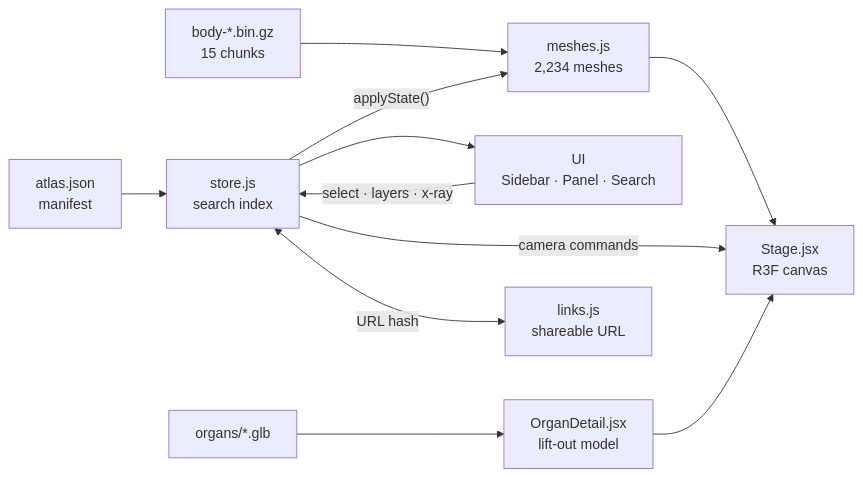
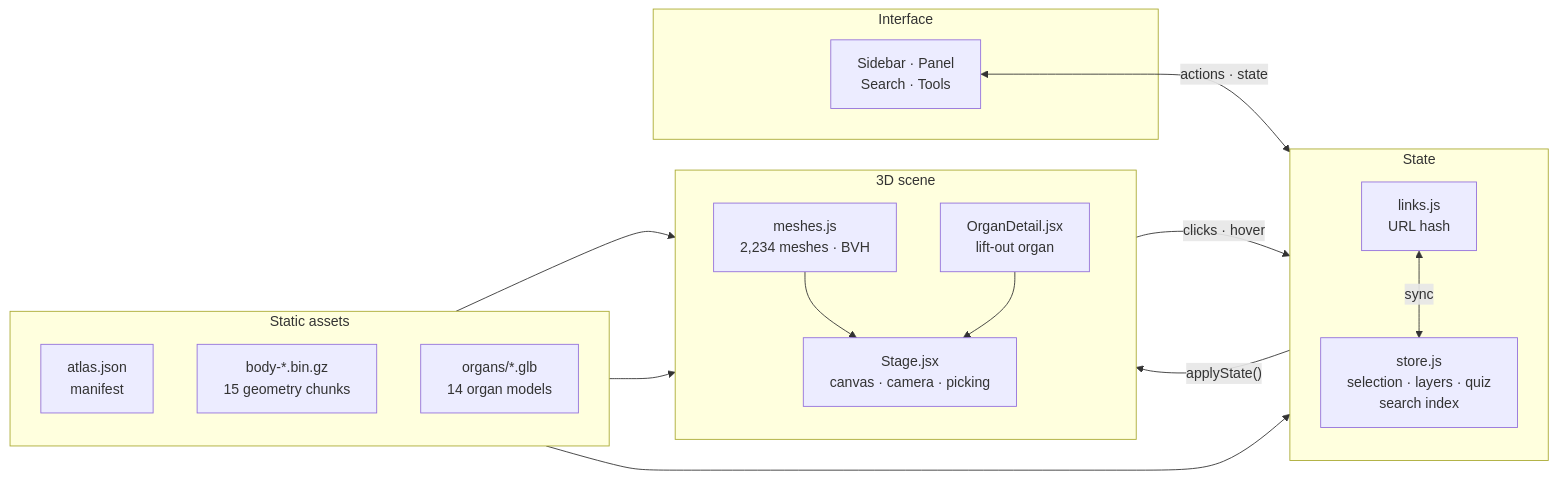
One commit to ImliStack/Body-Atlas-3D changed the diagram in README.md. Above: the diagram before and after it, drawn with Mermaid.

Commit message:
README: group architecture diagram into lanes

````diff
--- a/README.md
+++ b/README.md
@@ -188,13 +188,32 @@
 ```mermaid
 flowchart LR
-    A["atlas.json<br/>manifest"] --> B["store.js<br/>search index"]
-    C["body-*.bin.gz<br/>15 chunks"] --> D["meshes.js<br/>2,234 meshes"]
-    D --> E["Stage.jsx<br/>R3F canvas"]
-    B --> F["UI<br/>Sidebar · Panel · Search"]
-    F -->|"select · layers · x-ray"| B
+    subgraph assets["Static assets"]
+        direction TB
+        A["atlas.json<br/>manifest"]
+        C["body-*.bin.gz<br/>15 geometry chunks"]
+        G["organs/*.glb<br/>14 organ models"]
+    end
+    subgraph core["State"]
+        direction TB
+        B["store.js<br/>selection · layers · quiz<br/>search index"]
+        I["links.js<br/>URL hash"]
+    end
+    subgraph scene["3D scene"]
+        direction TB
+        D["meshes.js<br/>2,234 meshes · BVH"]
+        H["OrganDetail.jsx<br/>lift-out organ"]
+        E["Stage.jsx<br/>canvas · camera · picking"]
+    end
+    subgraph ui["Interface"]
+        F["Sidebar · Panel<br/>Search · Tools"]
+    end
+    A --> B
+    C --> D
+    G --> H
     B -->|"applyState()"| D
-    B -->|"camera commands"| E
-    G["organs/*.glb"] --> H["OrganDetail.jsx<br/>lift-out model"]
+    D --> E
     H --> E
-    B <-->|"URL hash"| I["links.js<br/>shareable URL"]
+    E -->|"clicks · hover"| B
+    F <-->|"actions · state"| B
+    I <-->|"sync"| B
 ```
````
